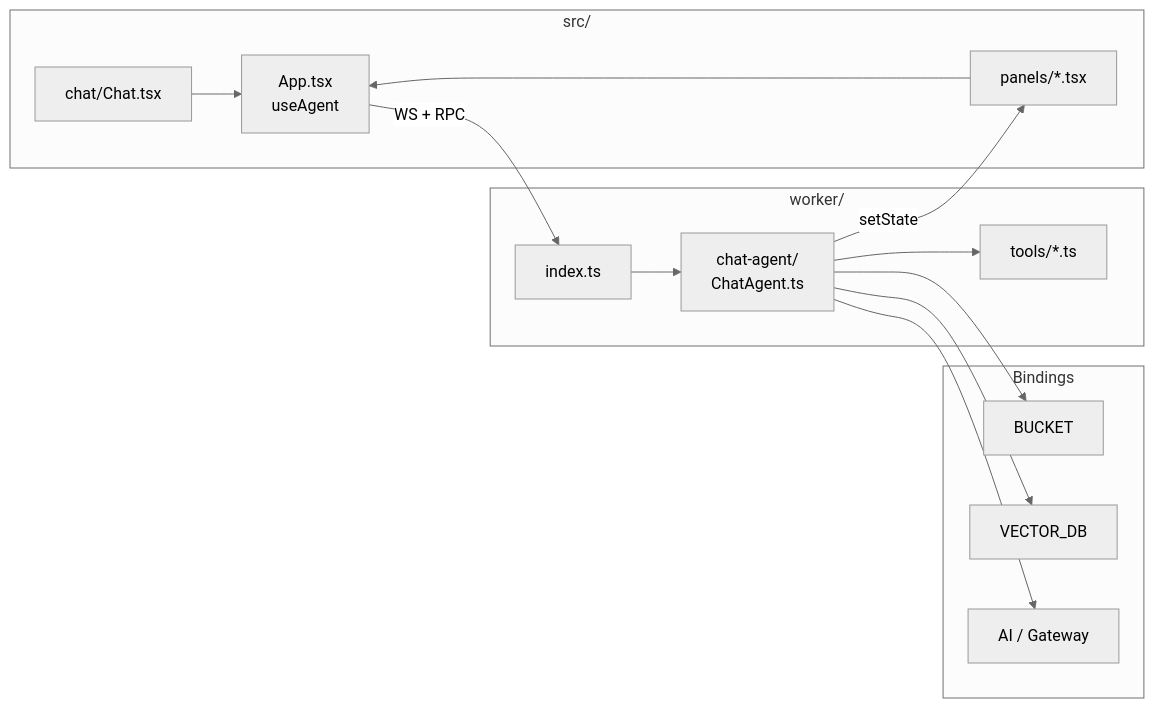
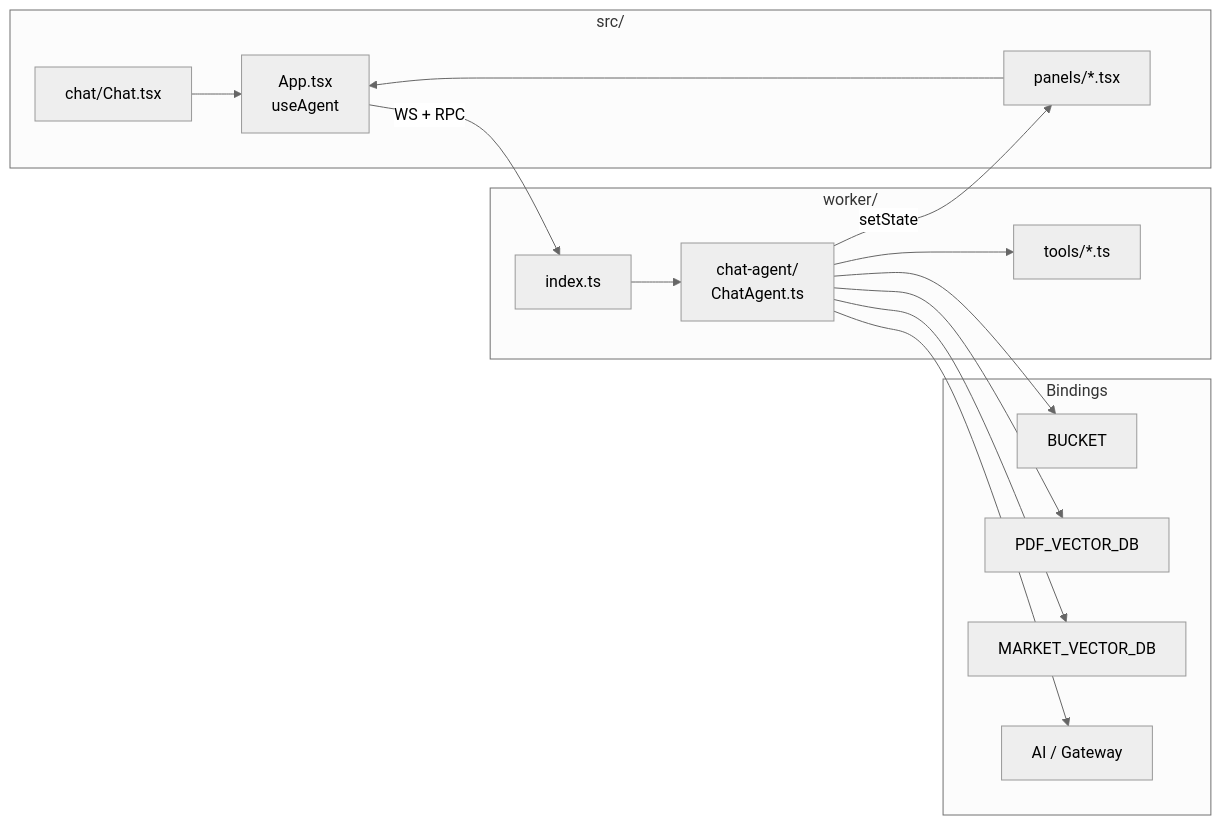
One commit to Jinu-hub/jinu-agent-nexus changed the first of 2 diagrams in CLAUDE.md. Above: the diagram before and after it, drawn with Mermaid (neutral theme). The commit also changed other lines of this file and 11 other files, not shown here.

First line of the commit message:
feat(vectorize): split PDF and market indexes for interest search

````diff
--- a/CLAUDE.md
+++ b/CLAUDE.md
@@ -50,30 +52,32 @@
 ```mermaid
 flowchart LR
   subgraph FE["src/"]
     App["App.tsx\nuseAgent"]
     Chat["chat/Chat.tsx"]
     Panels["panels/*.tsx"]
   end
 
   subgraph WK["worker/"]
     Index["index.ts"]
     Agent["chat-agent/\nChatAgent.ts"]
     Tools["tools/*.ts"]
   end
 
   subgraph CF["Bindings"]
     R2["BUCKET"]
-    VDB["VECTOR_DB"]
+    VDB["PDF_VECTOR_DB"]
+    MVDB["MARKET_VECTOR_DB"]
     AI["AI / Gateway"]
   end
 
   Chat --> App
   Panels --> App
   App -->|"WS + RPC"| Index
   Index --> Agent
   Agent --> Tools
   Agent --> R2
   Agent --> VDB
+  Agent --> MVDB
   Agent --> AI
   Agent -->|"setState"| Panels
 ```
````
